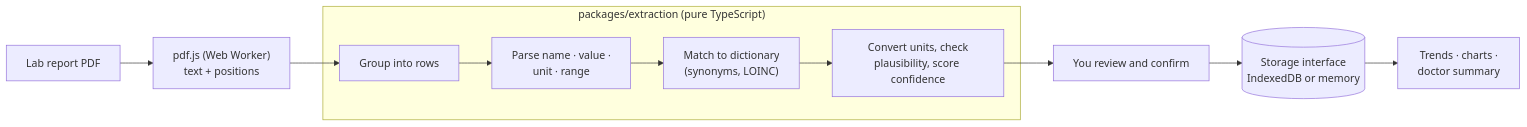
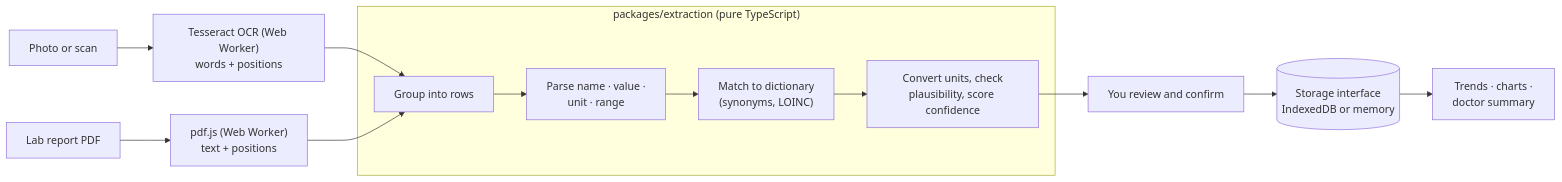
Before and after one commit to tad-bit-better/vitaldelta: the diagram in README.md, drawn with Mermaid. The commit also changed other lines of this file and 24 other files, not shown here.

````diff
--- a/README.md
+++ b/README.md
@@ -51,13 +56,15 @@
 ```mermaid
 flowchart LR
   pdf[Lab report PDF] --> pdfjs["pdf.js (Web Worker)<br/>text + positions"]
+  photo[Photo or scan] --> ocr["Tesseract OCR (Web Worker)<br/>words + positions"]
+  ocr --> rows
   subgraph ext["packages/extraction (pure TypeScript)"]
     rows[Group into rows] --> parse["Parse name · value ·<br/>unit · range"]
     parse --> match["Match to dictionary<br/>(synonyms, LOINC)"]
     match --> norm["Convert units, check<br/>plausibility, score confidence"]
   end
   pdfjs --> rows
   norm --> review[You review and confirm]
   review --> store[("Storage interface<br/>IndexedDB or memory")]
   store --> views["Trends · charts ·<br/>doctor summary"]
 ```
````
